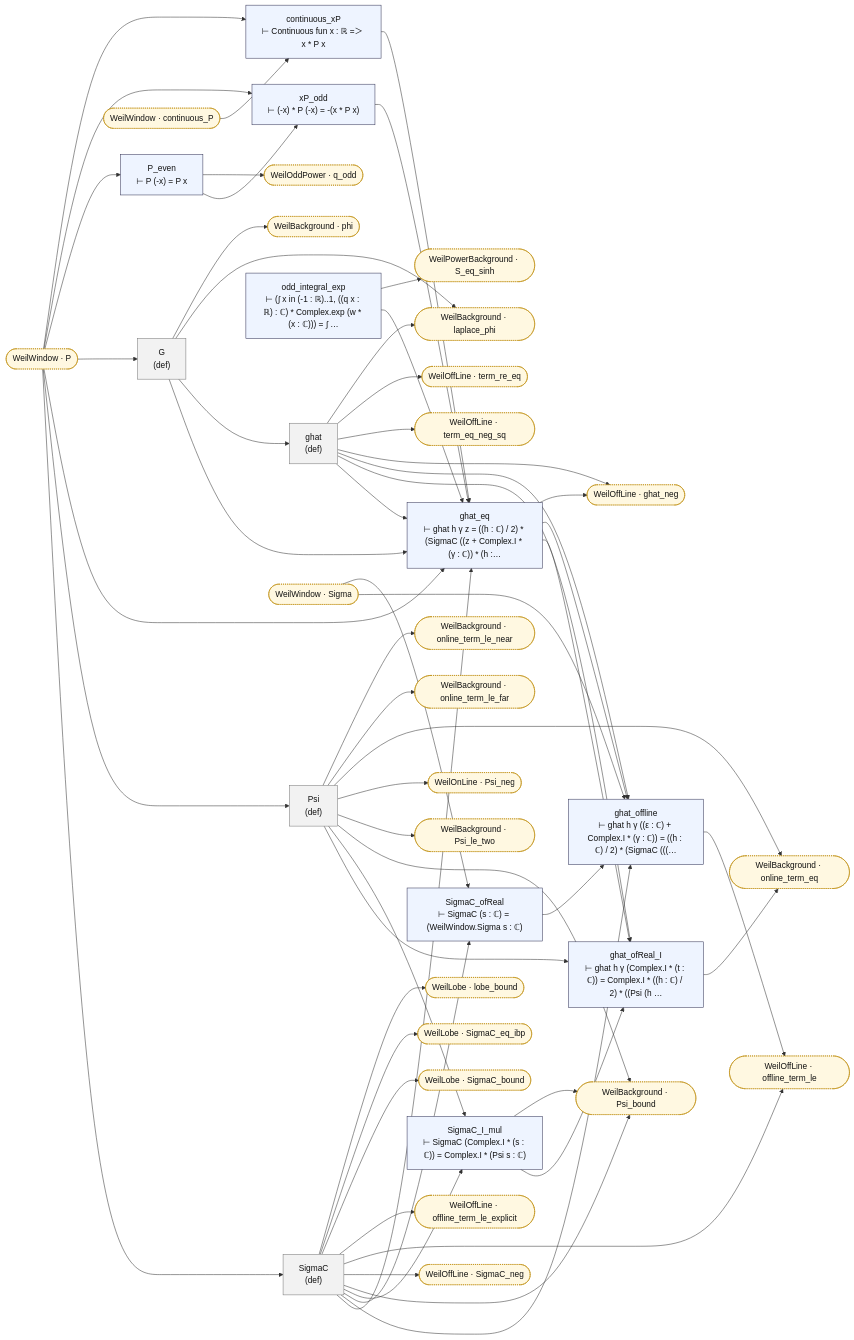
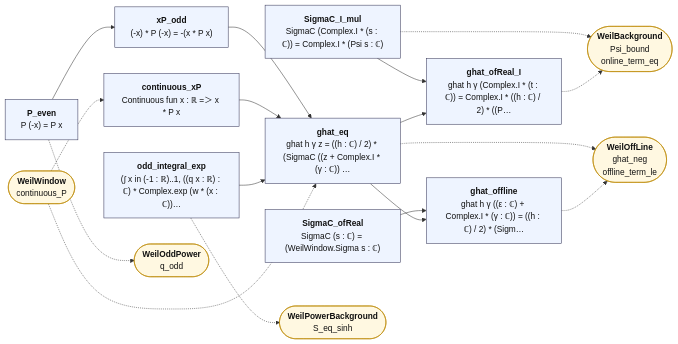
Before and after one commit to juliansambranojr/Primebeat_081426: the diagram in map/lean_stage3/WeilTransform.md, drawn with Mermaid. The commit also changed other lines of this file and 387 other files, not shown here.

````diff
--- a/map/lean_stage3/WeilTransform.md
+++ b/map/lean_stage3/WeilTransform.md
@@ -8,98 +12,38 @@
 ```mermaid
 flowchart LR
-  n0["SigmaC<br/>(def)"]:::dfn
-  n1["Psi<br/>(def)"]:::dfn
-  n2["G<br/>(def)"]:::dfn
-  n3["ghat<br/>(def)"]:::dfn
-  n4["P_even<br/>⊢ P (-x) = P x"]:::thm
-  n5["xP_odd<br/>⊢ (-x) * P (-x) = -(x * P x)"]:::thm
-  n6["continuous_xP<br/>⊢ Continuous fun x : ℝ =＞ x * P x"]:::thm
-  n7["SigmaC_ofReal<br/>⊢ SigmaC (s : ℂ) = (WeilWindow.Sigma s : ℂ)"]:::thm
-  n8["SigmaC_I_mul<br/>⊢ SigmaC (Complex.I * (s : ℂ)) = Complex.I * (Psi s : ℂ)"]:::thm
-  n9["odd_integral_exp<br/>⊢ (∫ x in (-1 : ℝ)..1, ((q x : ℝ) : ℂ) * Complex.exp (w * (x : ℂ))) = ∫ …"]:::thm
-  n10["ghat_eq<br/>⊢ ghat h γ z = ((h : ℂ) / 2) * (SigmaC ((z + Complex.I * (γ : ℂ)) * (h :…"]:::thm
-  n11["ghat_ofReal_I<br/>⊢ ghat h γ (Complex.I * (t : ℂ)) = Complex.I * ((h : ℂ) / 2) * ((Psi (h …"]:::thm
-  n12["ghat_offline<br/>⊢ ghat h γ ((ε : ℂ) + Complex.I * (γ : ℂ)) = ((h : ℂ) / 2) * (SigmaC (((…"]:::thm
-  x0(["WeilBackground · Psi_bound"]):::ext
-  x1(["WeilBackground · Psi_le_two"]):::ext
-  x2(["WeilBackground · laplace_phi"]):::ext
-  x3(["WeilBackground · online_term_eq"]):::ext
-  x4(["WeilBackground · online_term_le_far"]):::ext
-  x5(["WeilBackground · online_term_le_near"]):::ext
-  x6(["WeilBackground · phi"]):::ext
-  x7(["WeilLobe · SigmaC_bound"]):::ext
-  x8(["WeilLobe · SigmaC_eq_ibp"]):::ext
-  x9(["WeilLobe · lobe_bound"]):::ext
-  x10(["WeilOddPower · q_odd"]):::ext
-  x11(["WeilOffLine · SigmaC_neg"]):::ext
-  x12(["WeilOffLine · ghat_neg"]):::ext
-  x13(["WeilOffLine · offline_term_le"]):::ext
-  x14(["WeilOffLine · offline_term_le_explicit"]):::ext
-  x15(["WeilOffLine · term_eq_neg_sq"]):::ext
-  x16(["WeilOffLine · term_re_eq"]):::ext
-  x17(["WeilOnLine · Psi_neg"]):::ext
-  x18(["WeilPowerBackground · S_eq_sinh"]):::ext
-  x19(["WeilWindow · P"]):::ext
-  x20(["WeilWindow · Sigma"]):::ext
-  x21(["WeilWindow · continuous_P"]):::ext
-  n0 --> n10
-  n0 --> n12
-  n0 --> n7
-  n0 --> n8
-  n0 --> x0
-  n0 --> x11
-  n0 --> x13
-  n0 --> x14
-  n0 --> x7
-  n0 --> x8
-  n0 --> x9
-  n1 --> n11
-  n1 --> n8
-  n1 --> x0
-  n1 --> x1
-  n1 --> x17
-  n1 --> x3
-  n1 --> x4
-  n1 --> x5
-  n10 --> n11
-  n10 --> n12
-  n10 --> x12
-  n11 --> x3
-  n12 --> x13
-  n2 --> n10
-  n2 --> n3
-  n2 --> x2
-  n2 --> x6
-  n3 --> n10
-  n3 --> n11
-  n3 --> n12
-  n3 --> x12
-  n3 --> x15
-  n3 --> x16
-  n3 --> x2
-  n4 --> n5
-  n4 --> x10
-  n5 --> n10
-  n6 --> n10
-  n7 --> n12
-  n8 --> n11
-  n8 --> x0
-  n9 --> n10
-  n9 --> x18
-  x19 --> n0
-  x19 --> n1
-  x19 --> n10
-  x19 --> n2
-  x19 --> n4
-  x19 --> n5
-  x19 --> n6
-  x20 --> n12
-  x20 --> n7
-  x21 --> n6
+  n0["<b>P_even</b><br/>P (-x) = P x"]:::thm
+  n1["<b>xP_odd</b><br/>(-x) * P (-x) = -(x * P x)"]:::thm
+  n2["<b>continuous_xP</b><br/>Continuous fun x : ℝ =＞ x * P x"]:::thm
+  n3["<b>SigmaC_ofReal</b><br/>SigmaC (s : ℂ) = (WeilWindow.Sigma s : ℂ)"]:::thm
+  n4["<b>SigmaC_I_mul</b><br/>SigmaC (Complex.I * (s : ℂ)) = Complex.I * (Psi s : ℂ)"]:::thm
+  n5["<b>odd_integral_exp</b><br/>(∫ x in (-1 : ℝ)..1, ((q x : ℝ) : ℂ) * Complex.exp (w * (x : ℂ))…"]:::thm
+  n6["<b>ghat_eq</b><br/>ghat h γ z = ((h : ℂ) / 2) * (SigmaC ((z + Complex.I * (γ : ℂ)) …"]:::thm
+  n7["<b>ghat_ofReal_I</b><br/>ghat h γ (Complex.I * (t : ℂ)) = Complex.I * ((h : ℂ) / 2) * ((P…"]:::thm
+  n8["<b>ghat_offline</b><br/>ghat h γ ((ε : ℂ) + Complex.I * (γ : ℂ)) = ((h : ℂ) / 2) * (Sigm…"]:::thm
+  x0(["<b>WeilOddPower</b><br/>q_odd"]):::ext
+  x1(["<b>WeilWindow</b><br/>continuous_P"]):::ext
+  x2(["<b>WeilBackground</b><br/>Psi_bound<br/>online_term_eq"]):::ext
+  x3(["<b>WeilPowerBackground</b><br/>S_eq_sinh"]):::ext
+  x4(["<b>WeilOffLine</b><br/>ghat_neg<br/>offline_term_le"]):::ext
+  n0 --> n1
+  n1 --> n6
+  n2 --> n6
+  n3 --> n8
+  n4 --> n7
+  n5 --> n6
+  n6 --> n7
+  n6 --> n8
+  n0 -.-> x0
+  n4 -.-> x2
+  n5 -.-> x3
+  n6 -.-> x4
+  n7 -.-> x2
+  n8 -.-> x4
+  x1 -.-> n2
+  x1 -.-> n6
   classDef thm fill:#eef4ff,stroke:#335,color:#111
-  classDef dfn fill:#f2f2f2,stroke:#777,color:#111
   classDef end_ fill:#e7f7e7,stroke:#2a7,color:#111,stroke-width:2px
   classDef lone fill:#fff,stroke:#999,color:#111,stroke-dasharray:4 3
   classDef bad fill:#ffe5e5,stroke:#c22,color:#111,stroke-width:2px
-  classDef ext fill:#fff8e1,stroke:#b80,color:#111,stroke-dasharray:2 2
+  classDef ext fill:#fff8e1,stroke:#b80,color:#111
 ```
````
